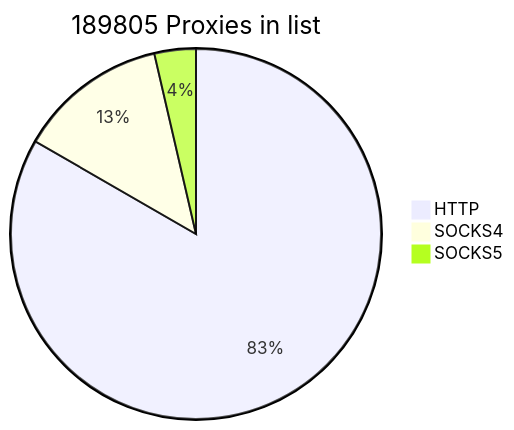
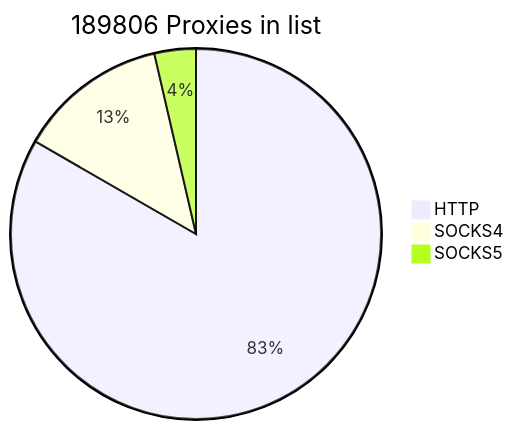
The first of 2 diagrams in README.md (cutipu/proxylist), drawn with Mermaid before and after one commit. The commit also changed other lines of this file, not shown here.

````diff
--- a/README.md
+++ b/README.md
@@ -2,7 +2,7 @@
 ```mermaid
-pie title 189805 Proxies in list
+pie title 189806 Proxies in list
     "HTTP" : 158148
-    "SOCKS4" : 24791
+    "SOCKS4" : 24792
     "SOCKS5" : 6866
             
 ```
````
